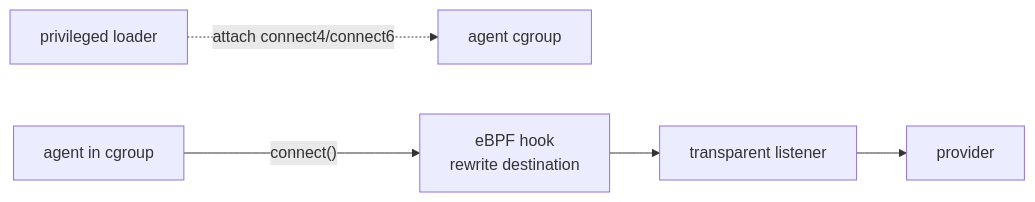
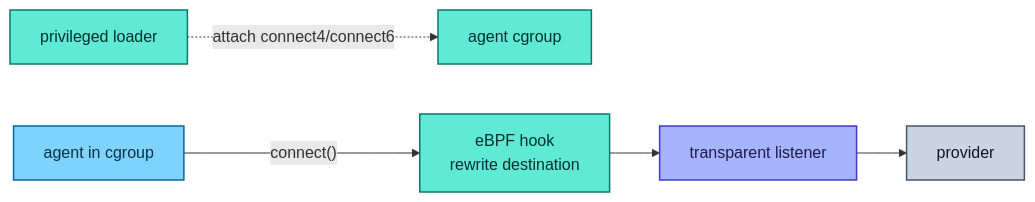
One commit to Heliopsy/scrim changed the fourth of 9 diagrams in docs/interception.md. Above: the diagram before and after it, drawn with Mermaid. The commit also changed other lines of this file and 6 other files, not shown here.

Commit message:
docs: new scrim logo and colour-coded mermaid diagrams

````diff
--- a/docs/interception.md
+++ b/docs/interception.md
@@ -377,6 +406,14 @@
 ```mermaid
 flowchart LR
   loader["privileged loader"] -. "attach connect4/connect6" .-> cg["agent cgroup"]
   agent["agent in cgroup"] -- "connect()" --> hook["eBPF hook<br>rewrite destination"]
   hook --> tl["transparent listener"] --> prov["provider"]
+  classDef agent fill:#7dd3fc,stroke:#0369a1,stroke-width:1.5px,color:#082f49
+  classDef dplane fill:#a5b4fc,stroke:#4338ca,stroke-width:1.5px,color:#1e1b4b
+  classDef ext fill:#cbd5e1,stroke:#475569,stroke-width:1.5px,color:#0f172a
+  classDef enforce fill:#5eead4,stroke:#0f766e,stroke-width:1.5px,color:#042f2e
+  class loader,cg,hook enforce
+  class agent agent
+  class tl dplane
+  class prov ext
 ```
````
